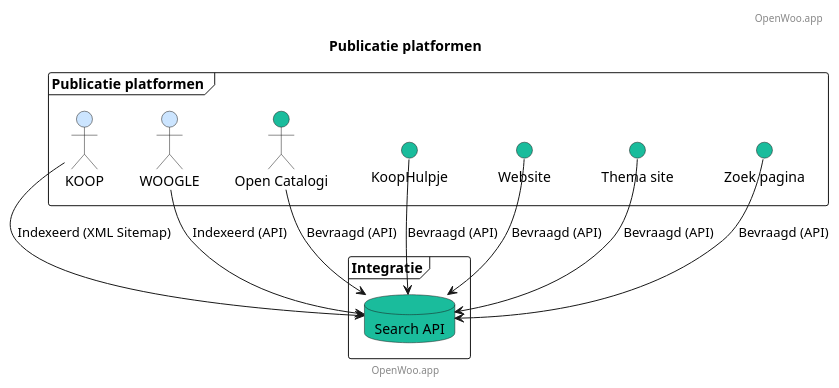
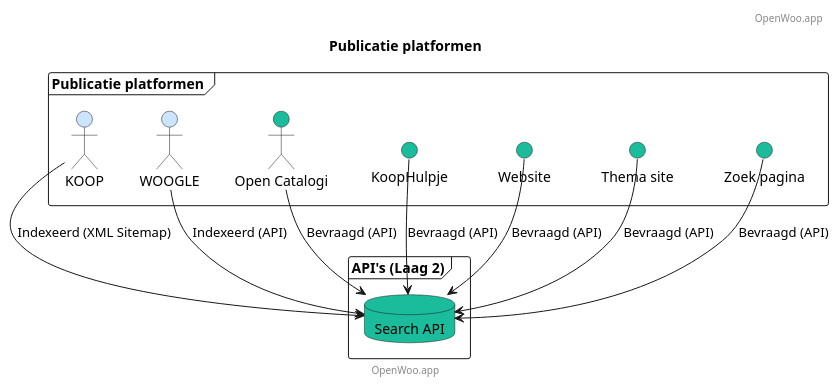
The diagram in docs/PublicatiePlatformen.puml (ConductionNL/woo-website-template), drawn with PlantUML before and after one commit. The commit also changed 2 other files, not shown here.

```diff
--- a/docs/PublicatiePlatformen.puml
+++ b/docs/PublicatiePlatformen.puml
@@ -1,32 +1,31 @@
 @startuml
 title Publicatie platformen
 footer: OpenWoo.app
 header: OpenWoo.app
 
 ' Publicatie platformen (Laag 5 UI)
 frame "Publicatie platformen " {
     actor "KOOP"  as KOOP #cce5ff
     actor   "WOOGLE" as WOOGLE #cce5ff
     actor "Open Catalogi" AS OpenCatalogi #1abc9c
     interface "KoopHulpje" AS KoopHulpje #1abc9c
     interface "Website" AS Website #1abc9c
     interface "Thema site" as Themasite #1abc9c
     interface "Zoek pagina" as Searchsite #1abc9c
 }
 
 ' API's (Laag 2)
-frame "Integratie" {
+frame "API's (Laag 2)" {
     database "Search API"  as OI #1abc9c
 }
 
 
 ' Relationships
 KOOP -down-> OI : Indexeerd (XML Sitemap)
 WOOGLE -down-> OI : Indexeerd (API)
 OpenCatalogi -down-> OI : Bevraagd (API)
 KoopHulpje -down-> OI : Bevraagd (API)
 Website -down-> OI : Bevraagd (API)
 Themasite -down-> OI : Bevraagd (API)
 Searchsite -down-> OI : Bevraagd (API)
-
 @enduml
```
